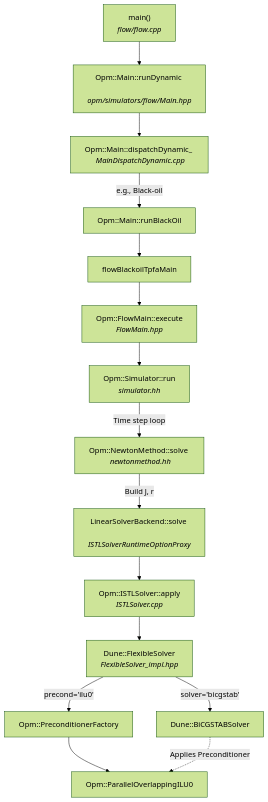
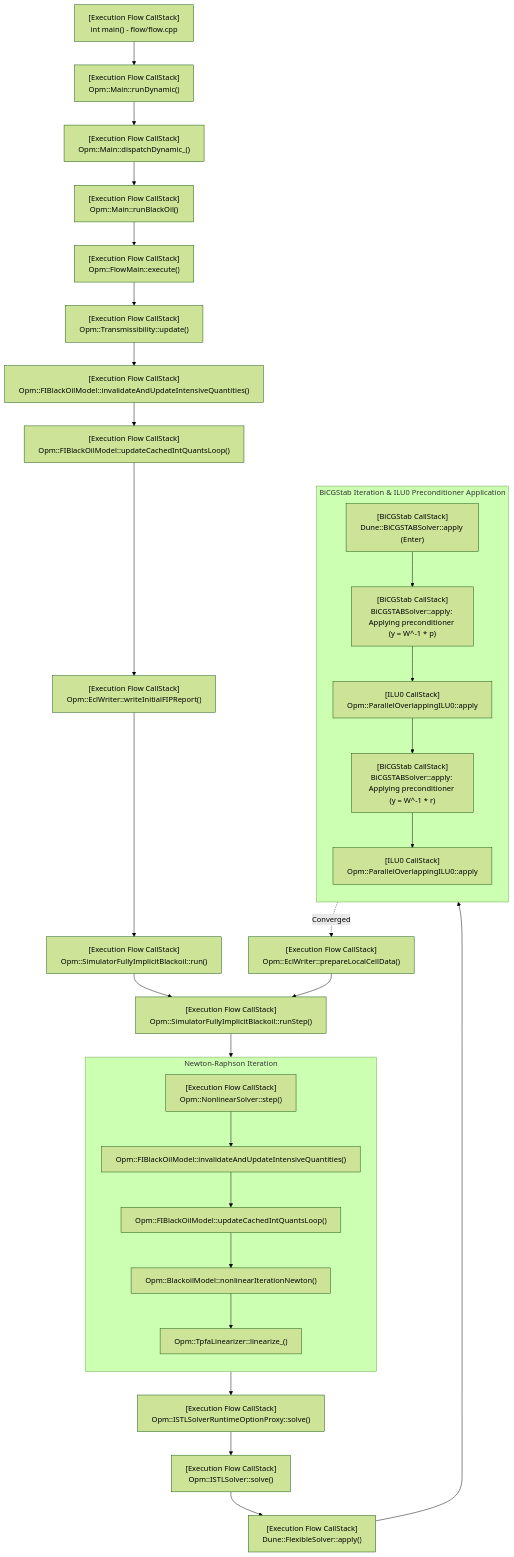
Before and after one commit to Liloosh/opm-simulators: the second of 3 diagrams in doc/bicgstab_ilu0_execution_flow.md, drawn with Mermaid (forest theme). The commit also changed other lines of this file and 9 other files, not shown here.

Commit message:
docs: update bicgstab_ilu0_execution_flow.md with OpenMP multithreading flow and add CallStackLog.hpp

````diff
--- a/doc/bicgstab_ilu0_execution_flow.md
+++ b/doc/bicgstab_ilu0_execution_flow.md
@@ -32,29 +138,46 @@
 ```mermaid
 flowchart TD
-    %% Program Entry
-    A["main() <br> <i>flow/flow.cpp</i>"] --> B["Opm::Main::runDynamic <br> <i>opm/simulators/flow/Main.hpp</i>"]
-    B --> C["Opm::Main::dispatchDynamic_ <br> <i>MainDispatchDynamic.cpp</i>"]
+    M["[Execution Flow CallStack]<br>int main() - flow/flow.cpp"] --> RD["[Execution Flow CallStack]<br>Opm::Main::runDynamic()"]
+    RD --> DD["[Execution Flow CallStack]<br>Opm::Main::dispatchDynamic_()"]
+    DD --> RB["[Execution Flow CallStack]<br>Opm::Main::runBlackOil()"]
+    RB --> FM["[Execution Flow CallStack]<br>Opm::FlowMain::execute()"]
 
-    %% Model Dispatch
-    C -->|e.g., Black-oil| D["Opm::Main::runBlackOil"]
-    D --> E["flowBlackoilTpfaMain"]
-    E --> F["Opm::FlowMain<TypeTag>::execute <br> <i>FlowMain.hpp</i>"]
+    %% Initialization Branch
+    FM --> TU["[Execution Flow CallStack]<br>Opm::Transmissibility::update()"]
+    TU --> IQ1["[Execution Flow CallStack]<br>Opm::FIBlackOilModel::invalidateAndUpdateIntensiveQuantities()"]
+    IQ1 --> IQ2["[Execution Flow CallStack]<br>Opm::FIBlackOilModel::updateCachedIntQuantsLoop()"]
+    IQ2 --> FIP["[Execution Flow CallStack]<br>Opm::EclWriter::writeInitialFIPReport()"]
 
-    %% Simulation Loop
-    F --> G["Opm::Simulator::run <br> <i>simulator.hh</i>"]
-    G -->|Time step loop| H["Opm::NewtonMethod::solve <br> <i>newtonmethod.hh</i>"]
+    %% Main Simulation Loop
+    FIP --> SR["[Execution Flow CallStack]<br>Opm::SimulatorFullyImplicitBlackoil::run()"]
+    SR --> SRS["[Execution Flow CallStack]<br>Opm::SimulatorFullyImplicitBlackoil::runStep()"]
+    SRS --> NS["[Execution Flow CallStack]<br>Opm::NonlinearSolver::step()"]
 
-    %% Non-Linear to Linear Transition
-    H -->|Build J, r| I["LinearSolverBackend::solve <br> <i>ISTLSolverRuntimeOptionProxy</i>"]
+    %% Newton Loop
+    subgraph NEWTON["Newton-Raphson Iteration"]
+        direction TB
+        NS --> NIQ["Opm::FIBlackOilModel::invalidateAndUpdateIntensiveQuantities()"]
+        NIQ --> NQL["Opm::FIBlackOilModel::updateCachedIntQuantsLoop()"]
+        NQL --> NWI["Opm::BlackoilModel::nonlinearIterationNewton()"]
+        NWI --> LIN["Opm::TpfaLinearizer::linearize_()"]
+    end
 
-    %% Linear Solver Subsystem
-    I --> J["Opm::ISTLSolver::apply <br> <i>ISTLSolver.cpp</i>"]
-    J --> K["Dune::FlexibleSolver <br> <i>FlexibleSolver_impl.hpp</i>"]
+    %% Linear Solver Transition
+    LIN --> PROXY["[Execution Flow CallStack]<br>Opm::ISTLSolverRuntimeOptionProxy::solve()"]
+    PROXY --> ISTL["[Execution Flow CallStack]<br>Opm::ISTLSolver::solve()"]
+    ISTL --> FLEX["[Execution Flow CallStack]<br>Dune::FlexibleSolver::apply()"]
+    FLEX --> BCENTER["[BiCGStab CallStack]<br>Dune::BiCGSTABSolver::apply (Enter)"]
 
-    %% DUNE ISTL Components
-    K -->|solver='bicgstab'| L["Dune::BiCGSTABSolver"]
-    K -->|precond='ilu0'| M["Opm::PreconditionerFactory"]
-    M --> N["Opm::ParallelOverlappingILU0"]
+    %% BiCGStab / ILU0 Preconditioner Loop
+    subgraph SOLVER_LOOP["BiCGStab Iteration & ILU0 Preconditioner Application"]
+        direction TB
+        BCENTER --> BCP["[BiCGStab CallStack]<br>BiCGSTABSolver::apply: Applying preconditioner (y = W^-1 * p)"]
+        BCP --> ILU1["[ILU0 CallStack]<br>Opm::ParallelOverlappingILU0::apply"]
+        ILU1 --> BCR["[BiCGStab CallStack]<br>BiCGSTABSolver::apply: Applying preconditioner (y = W^-1 * r)"]
+        BCR --> ILU2["[ILU0 CallStack]<br>Opm::ParallelOverlappingILU0::apply"]
+    end
 
-    L -.->|Applies Preconditioner| N
+    %% Convergence and Output
+    ILU2 -.->|Converged| OUT["[Execution Flow CallStack]<br>Opm::EclWriter::prepareLocalCellData()"]
+    OUT --> SRS
 ```
````
